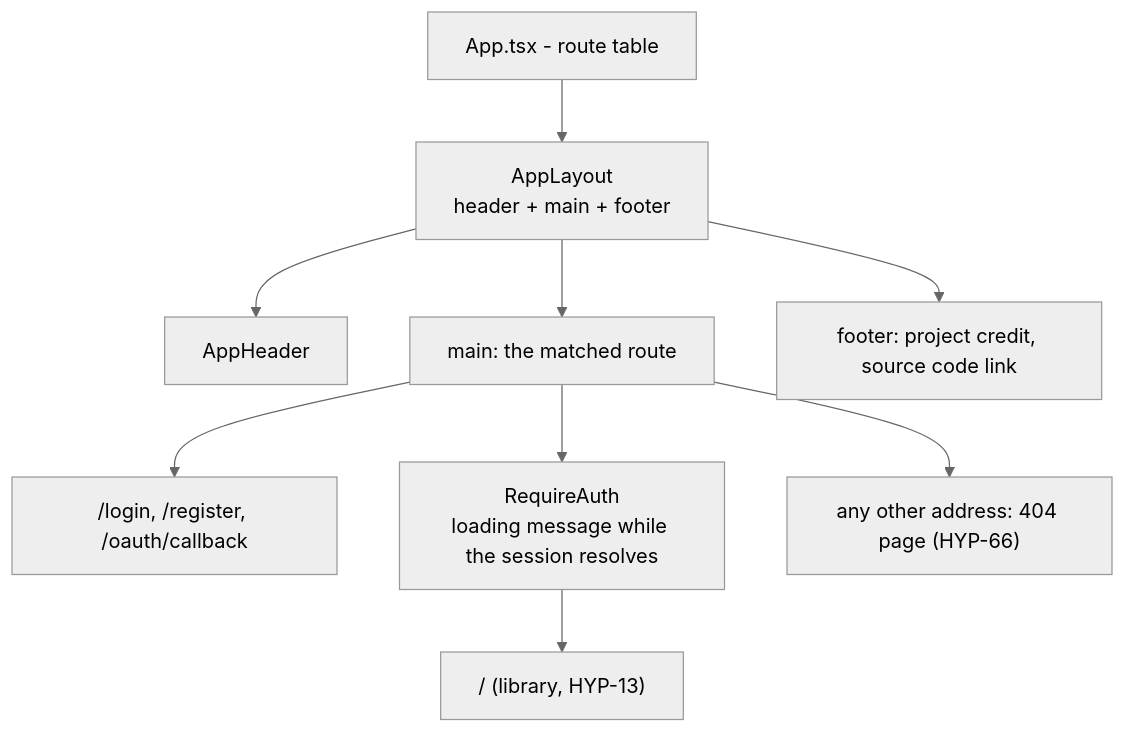
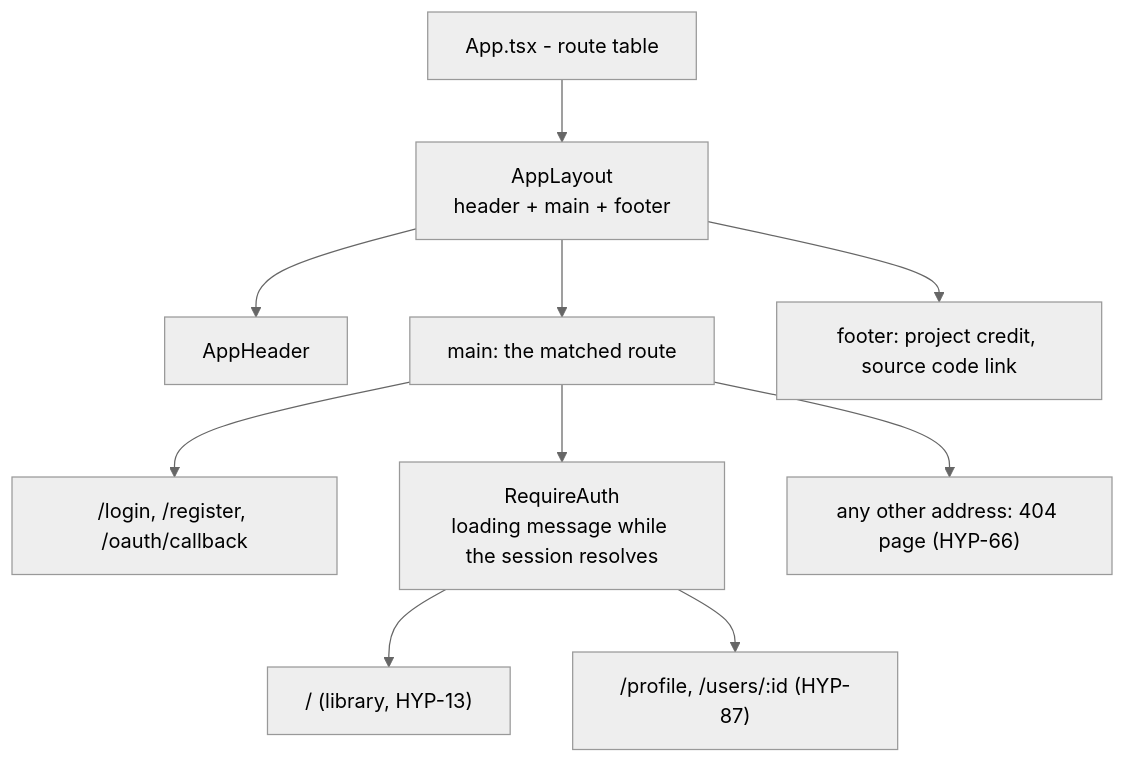
One commit to kidp8479/42_hypertube changed the first of 2 diagrams in docs/diagrams/layout.md. Above: the diagram before and after it, drawn with Mermaid (neutral theme). The commit also changed other lines of this file and 5 other files, not shown here.

Commit message:
docs(HYP-87): profile page flow, traceability, linked pictures as a known limitation

````diff
--- a/docs/diagrams/layout.md
+++ b/docs/diagrams/layout.md
@@ -12,11 +12,12 @@
 ```mermaid
 flowchart TB
     App["App.tsx - route table"] --> Layout["AppLayout<br/>header + main + footer"]
     Layout --> Header["AppHeader"]
     Layout --> Main["main: the matched route"]
     Layout --> Footer["footer: project credit, source code link"]
     Main --> Public["/login, /register, /oauth/callback"]
     Main --> Guard["RequireAuth<br/>loading message while the session resolves"]
     Guard --> Home["/ (library, HYP-13)"]
+    Guard --> Profile["/profile, /users/:id (HYP-87)"]
     Main --> NotFound["any other address: 404 page (HYP-66)"]
 ```
````
